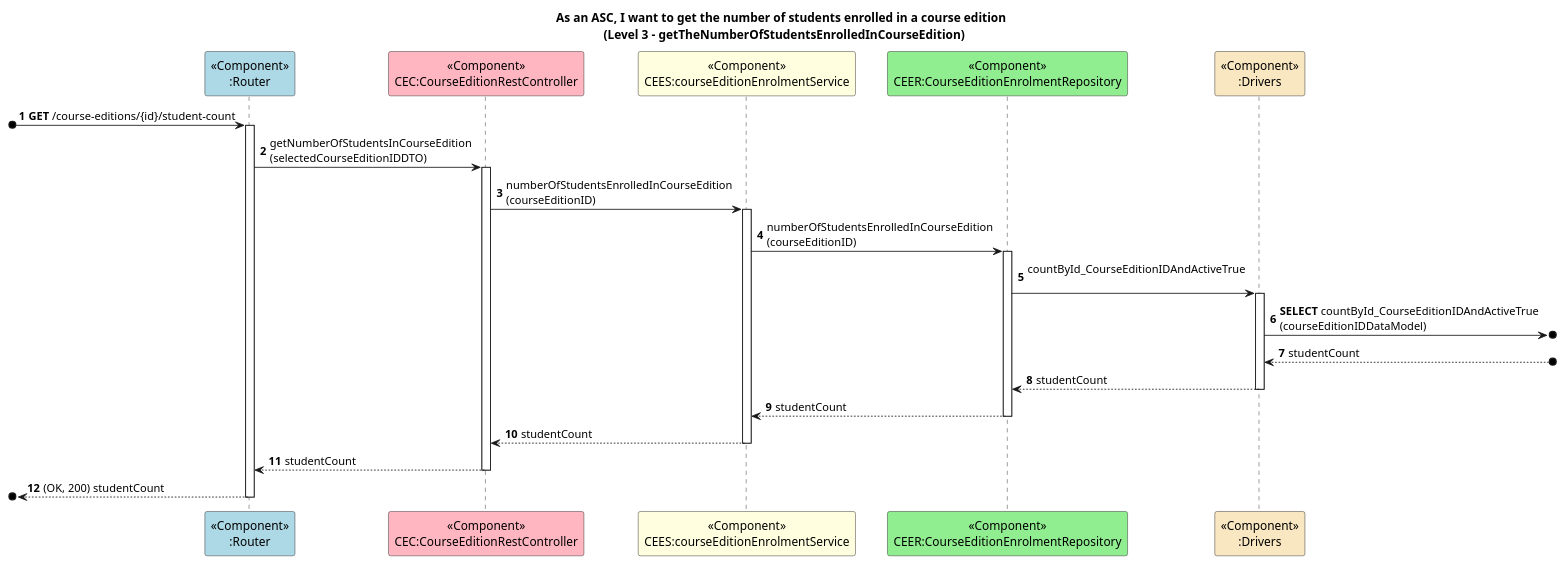
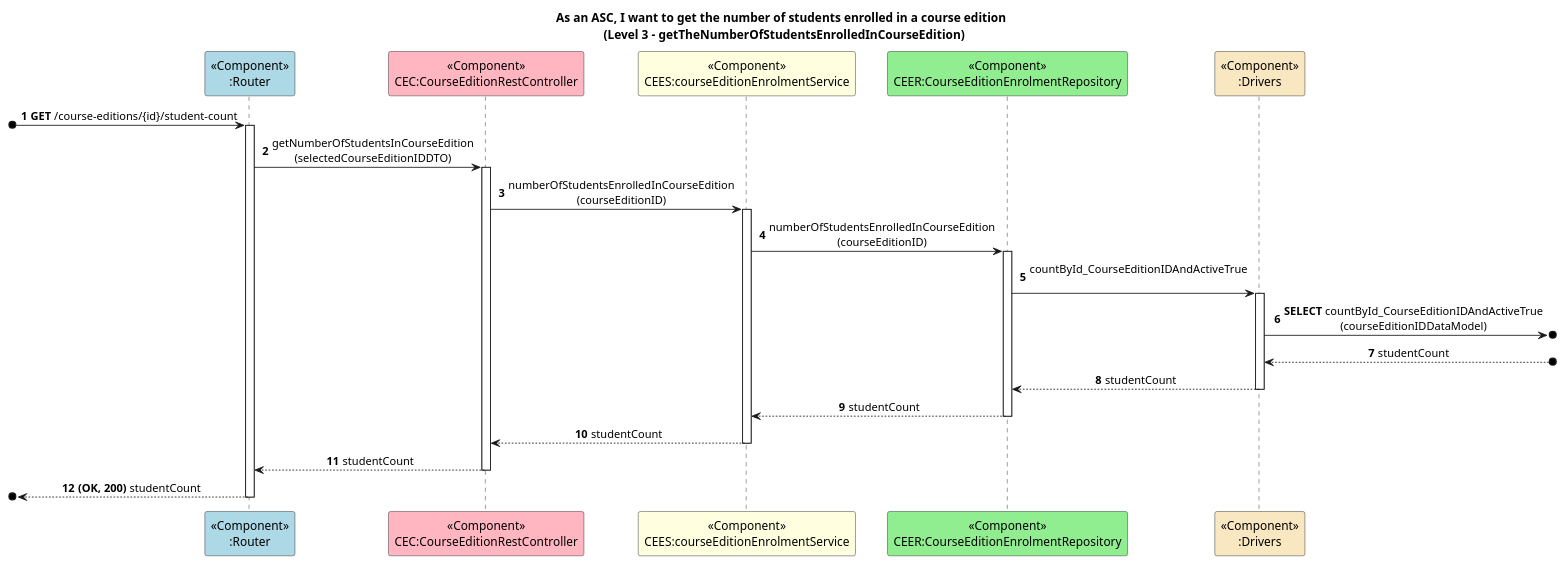
One commit to GasparISEP/DevOps-PAI changed the diagram in docs/US36/ProcessView/Level3-getTheNumberOfStudentsEnroledInCourseEdition.puml. Above: the diagram before and after it, drawn with PlantUML. The commit also changed 3 other files, not shown here.

Commit message:
Refs #652, #658: Refactor of US36 diagrams for aesthethic purposes

```diff
--- a/docs/US36/ProcessView/Level3-getTheNumberOfStudentsEnroledInCourseEdition.puml
+++ b/docs/US36/ProcessView/Level3-getTheNumberOfStudentsEnroledInCourseEdition.puml
@@ -1,26 +1,26 @@
 @startuml
 
 autonumber
-
 title As an ASC, I want to get the number of students enrolled in a course edition \n (Level 3 - getTheNumberOfStudentsEnrolledInCourseEdition)
+skinparam sequencemessagealign center
 
 participant "<<Component>>\n:Router" as Router #lightblue
 participant "<<Component>>\nCEC:CourseEditionRestController" as C #lightpink
 participant "<<Component>>\nCEES:courseEditionEnrolmentService" as S #lightyellow
 participant "<<Component>>\nCEER:CourseEditionEnrolmentRepository" as R #lightgreen
 participant "<<Component>>\n:Drivers" as D #strategy
 
 [o-> Router ++: **GET** /course-editions/{id}/student-count
 Router -> C ++: getNumberOfStudentsInCourseEdition\n(selectedCourseEditionIDDTO)
 C -> S ++: numberOfStudentsEnrolledInCourseEdition\n(courseEditionID)
 S -> R ++: numberOfStudentsEnrolledInCourseEdition\n(courseEditionID)
 R -> D ++: countById_CourseEditionIDAndActiveTrue\n
 D ->o] : **SELECT** countById_CourseEditionIDAndActiveTrue\n(courseEditionIDDataModel)
 D <--o]: studentCount
 D --> R --: studentCount
 R --> S --: studentCount
 S --> C --: studentCount
 C --> Router --: studentCount
-[o<-- Router --:(OK, 200) studentCount
+[o<-- Router --: **(OK, 200)** studentCount
 
 @enduml
```
